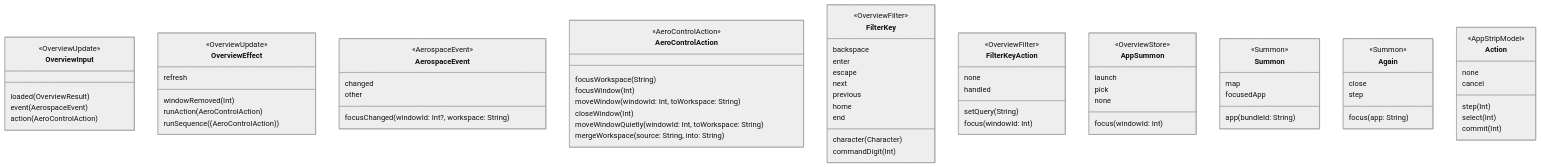
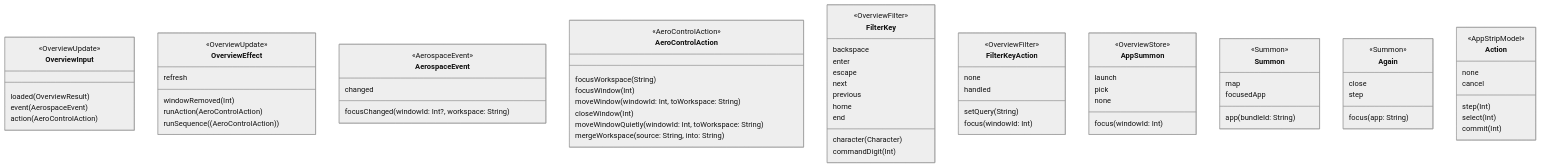
The third of 5 diagrams in docs/architecture.md (kim-raaschou/AeroControl), drawn with Mermaid (neutral theme) before and after one commit. The commit also changed other lines of this file and 23 other files, not shown here.

````diff
--- a/docs/architecture.md
+++ b/docs/architecture.md
@@ -130,77 +130,76 @@
 ```mermaid
 classDiagram
     class OverviewInput {
         <<OverviewUpdate>>
         loaded(OverviewResult)
         event(AerospaceEvent)
         action(AeroControlAction)
     }
     class OverviewEffect {
         <<OverviewUpdate>>
         windowRemoved(Int)
         refresh
         runAction(AeroControlAction)
         runSequence((AeroControlAction))
     }
     class AerospaceEvent {
         <<AerospaceEvent>>
         focusChanged(windowId: Int?, workspace: String)
         changed
-        other
     }
     class AeroControlAction {
         <<AeroControlAction>>
         focusWorkspace(String)
         focusWindow(Int)
         moveWindow(windowId: Int, toWorkspace: String)
         closeWindow(Int)
         moveWindowQuietly(windowId: Int, toWorkspace: String)
         mergeWorkspace(source: String, into: String)
     }
     class FilterKey {
         <<OverviewFilter>>
         character(Character)
         backspace
         enter
         escape
         next
         previous
         home
         end
         commandDigit(Int)
     }
     class FilterKeyAction {
         <<OverviewFilter>>
         none
         setQuery(String)
         focus(windowId: Int)
         handled
     }
     class AppSummon {
         <<OverviewStore>>
         launch
         focus(windowId: Int)
         pick
         none
     }
     class Summon {
         <<Summon>>
         map
         focusedApp
         app(bundleId: String)
     }
     class Again {
         <<Summon>>
         close
         step
         focus(app: String)
     }
     class Action {
         <<AppStripModel>>
         none
         step(Int)
         select(Int)
         commit(Int)
         cancel
     }
 ```
````
